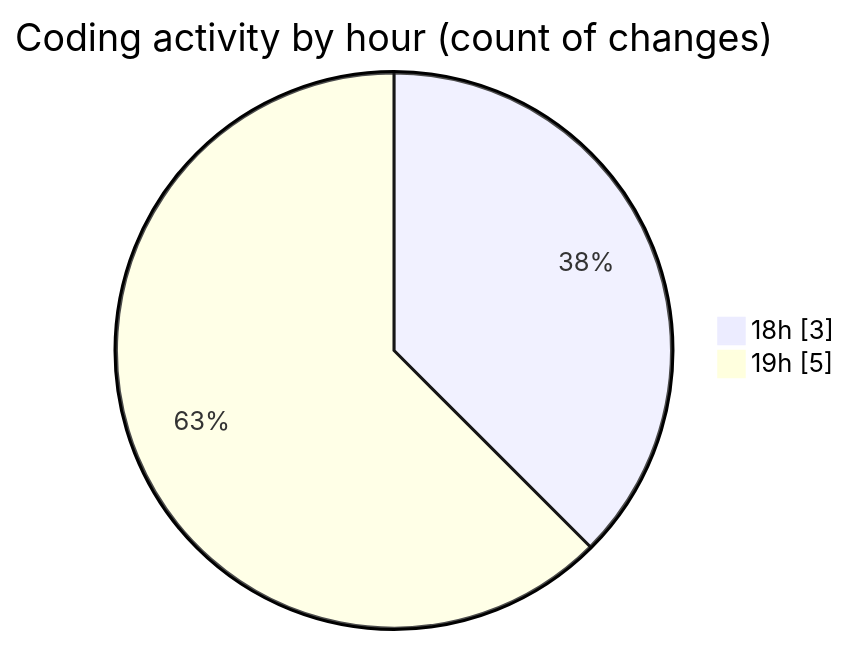
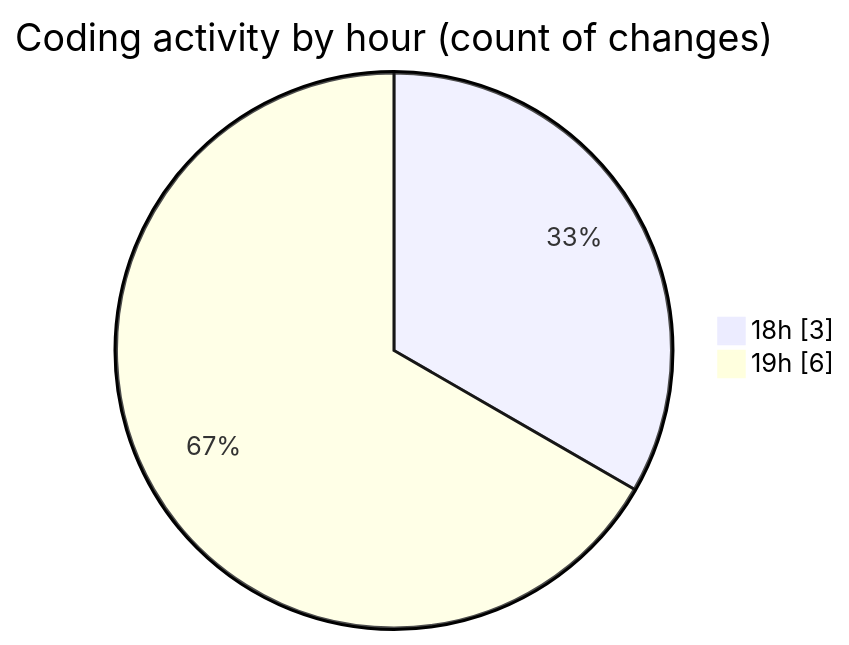
One commit to FelipKnott/code-tracking changed the second of 2 diagrams in 2025-07-14/habilita/README.md. Above: the diagram before and after it, drawn with Mermaid. The commit also changed other lines of this file and 1 other file, not shown here.

````diff
--- a/2025-07-14/habilita/README.md
+++ b/2025-07-14/habilita/README.md
@@ -29,6 +29,6 @@
 ```mermaid
 pie showData
 title Coding activity by hour (count of changes)
 "18h" : 3
-"19h" : 5
+"19h" : 6
 ```
````
